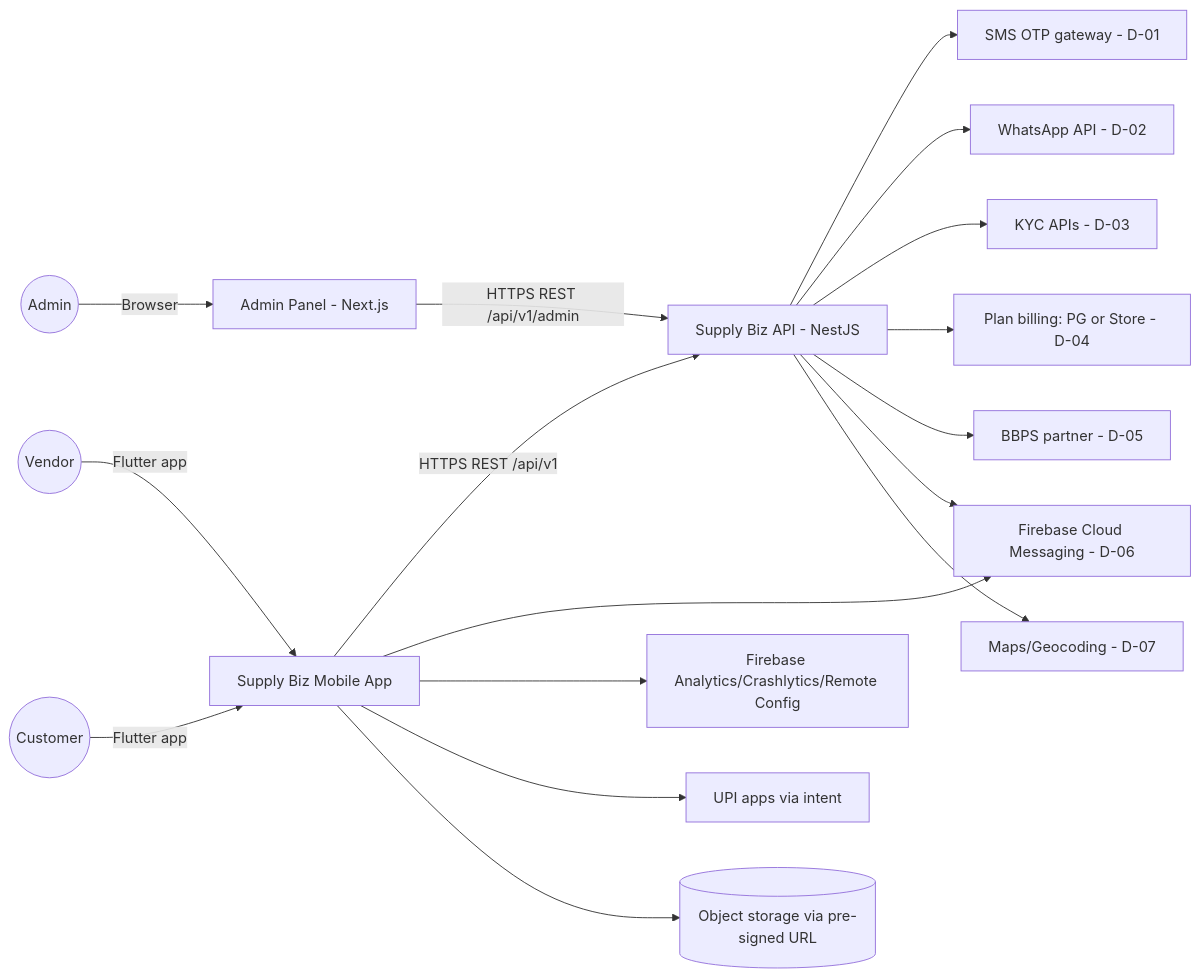
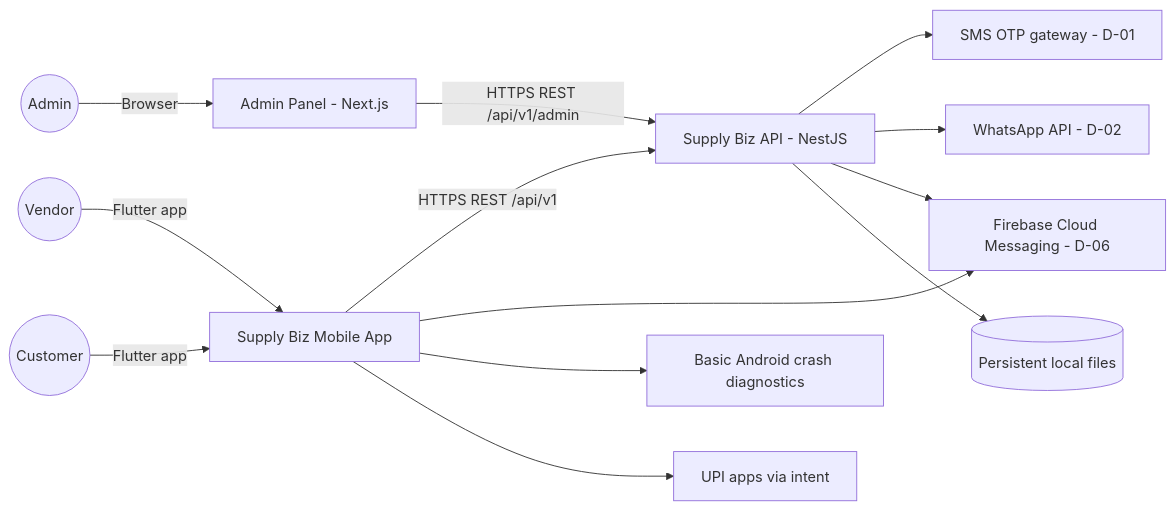
Before and after one commit to Priyankaagrawal/supplybiz: the first of 3 diagrams in docs/04-architecture/ARCHITECTURE.md, drawn with Mermaid. The commit also changed other lines of this file and 39 other files, not shown here.

````diff
--- a/docs/04-architecture/ARCHITECTURE.md
+++ b/docs/04-architecture/ARCHITECTURE.md
@@ -53,19 +52,15 @@
 ```mermaid
 flowchart LR
     Vendor((Vendor)) -->|Flutter app| App[Supply Biz Mobile App]
     Customer((Customer)) -->|Flutter app| App
     Admin((Admin)) -->|Browser| AdminWeb[Admin Panel - Next.js]
     App -->|HTTPS REST /api/v1| API[Supply Biz API - NestJS]
     AdminWeb -->|HTTPS REST /api/v1/admin| API
     API --> SMS[SMS OTP gateway - D-01]
     API --> WA[WhatsApp API - D-02]
-    API --> KYC[KYC APIs - D-03]
-    API --> PG[Plan billing: PG or Store - D-04]
-    API --> BBPS[BBPS partner - D-05]
     API --> FCM[Firebase Cloud Messaging - D-06]
-    API --> MAPS[Maps/Geocoding - D-07]
     App --> FCM
-    App --> FB[Firebase Analytics/Crashlytics/Remote Config]
+    App --> FB[Basic Android crash diagnostics]
     App --> UPI[UPI apps via intent]
-    App --> STORE[(Object storage via pre-signed URL)]
+    API --> STORE[(Persistent local files)]
 ```
````
